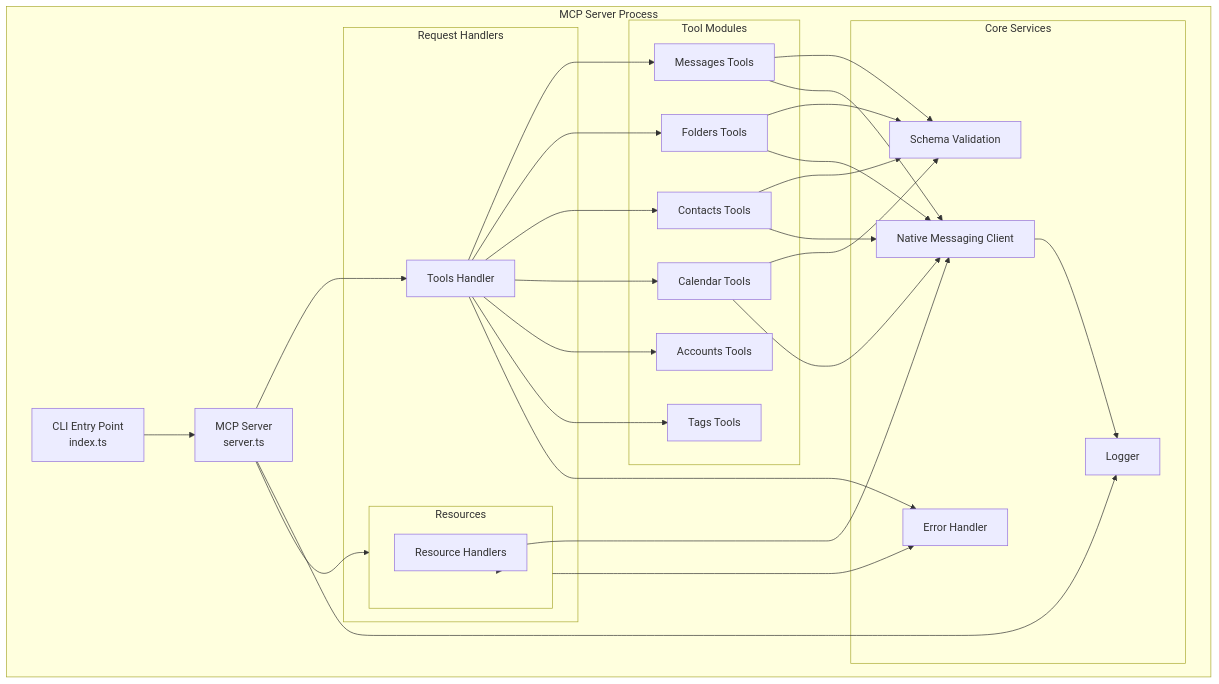
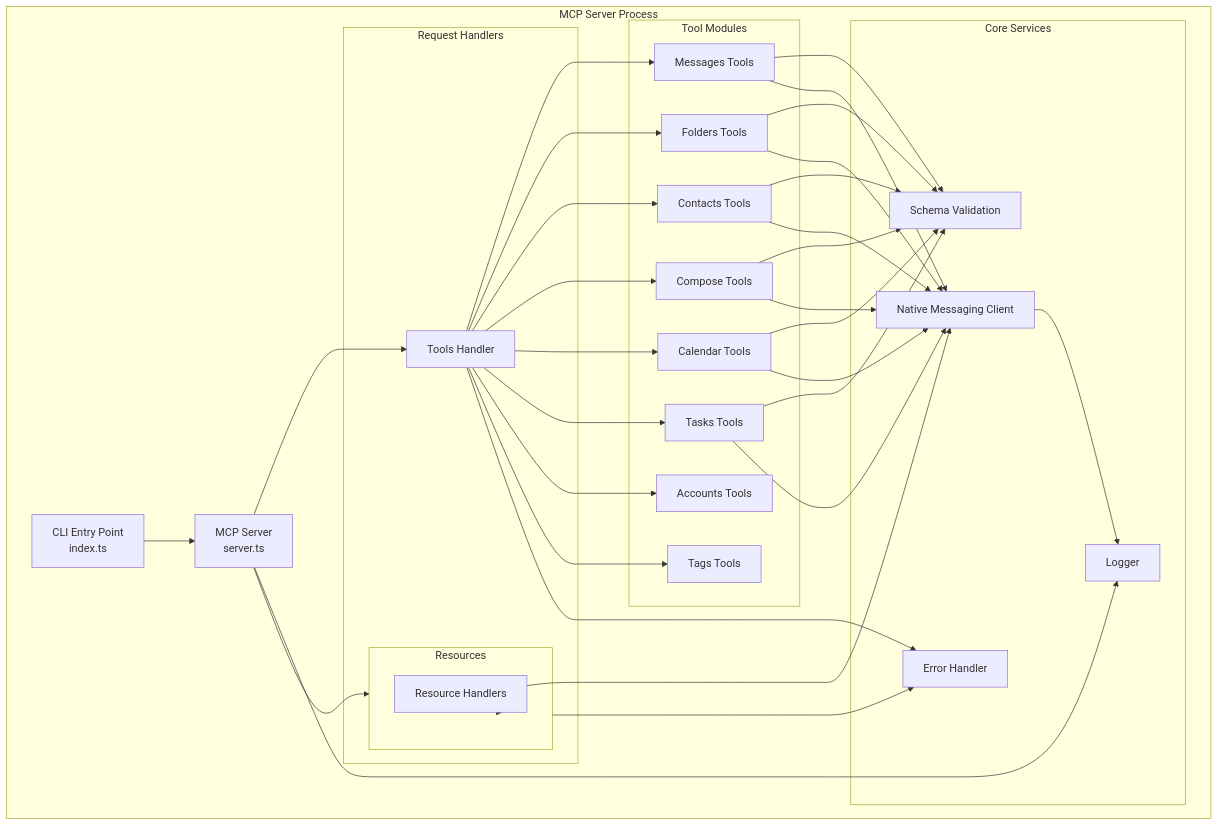
The first of 2 diagrams in docs/architecture/server.md (assistance-micro-design/zileo-mcp-thunderbird), drawn with Mermaid before and after one commit. The commit also changed 8 other files, not shown here.

````diff
--- a/docs/architecture/server.md
+++ b/docs/architecture/server.md
@@ -48,62 +48,70 @@
 ```mermaid
 graph TB
     subgraph "MCP Server Process"
         CLI[CLI Entry Point<br/>index.ts]
         Server[MCP Server<br/>server.ts]
 
         subgraph "Request Handlers"
             Tools[Tools Handler]
             Resources[Resources Handler]
         end
 
         subgraph "Tool Modules"
             MSG[Messages Tools]
             FLD[Folders Tools]
             CNT[Contacts Tools]
+            CMP[Compose Tools]
             CAL[Calendar Tools]
+            TSK[Tasks Tools]
             ACC[Accounts Tools]
             TAG[Tags Tools]
         end
 
         subgraph "Core Services"
             NMClient[Native Messaging Client]
             Validation[Schema Validation]
             Logger[Logger]
             ErrorHandler[Error Handler]
         end
 
         subgraph "Resources"
             ResHandlers[Resource Handlers]
         end
     end
 
     CLI --> Server
     Server --> Tools
     Server --> Resources
 
     Tools --> MSG
     Tools --> FLD
     Tools --> CNT
+    Tools --> CMP
     Tools --> CAL
+    Tools --> TSK
     Tools --> ACC
     Tools --> TAG
 
     Resources --> ResHandlers
 
     MSG --> Validation
     FLD --> Validation
     CNT --> Validation
+    CMP --> Validation
     CAL --> Validation
+    TSK --> Validation
 
     MSG --> NMClient
     FLD --> NMClient
     CNT --> NMClient
+    CMP --> NMClient
     CAL --> NMClient
+    TSK --> NMClient
     ResHandlers --> NMClient
 
     Tools --> ErrorHandler
     Resources --> ErrorHandler
 
     Server --> Logger
     NMClient --> Logger
 ```
````
